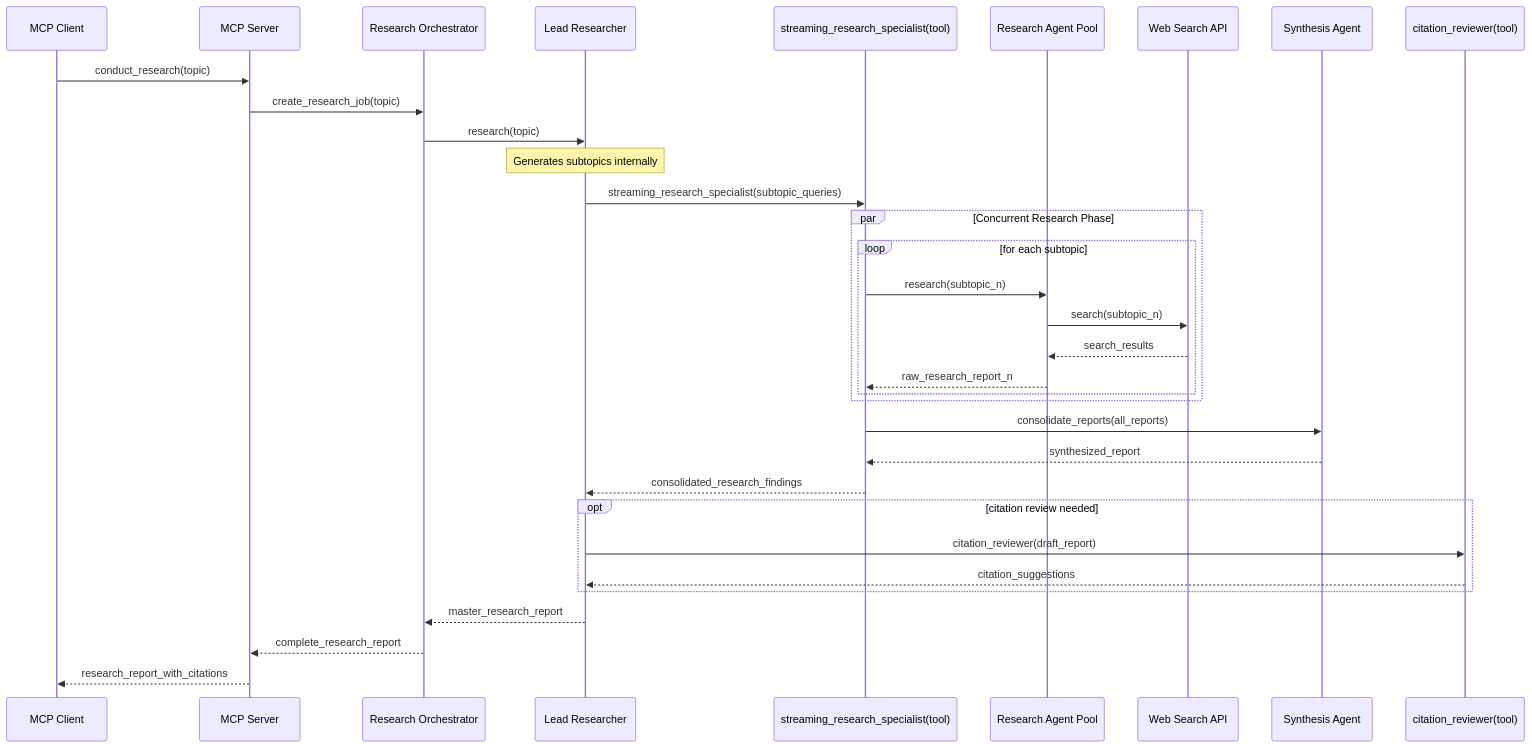
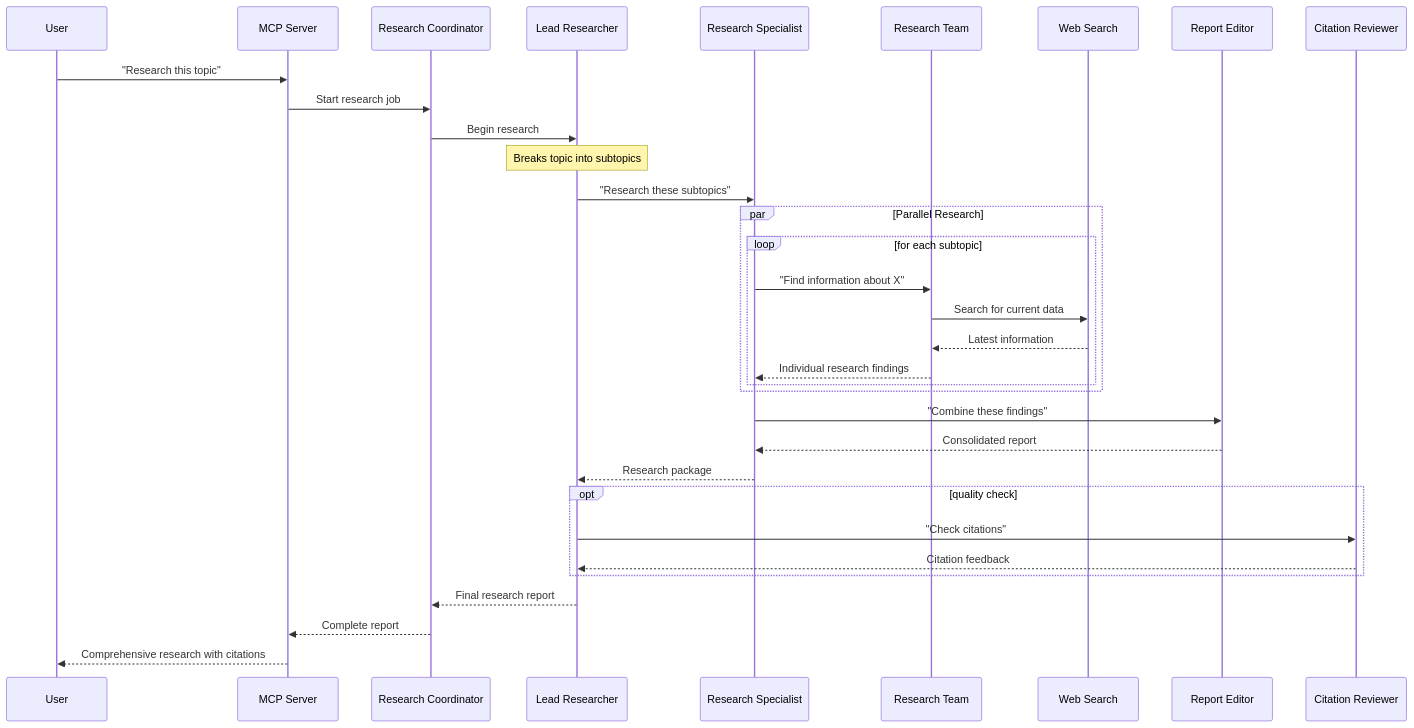
The diagram in README.md (karashiiro/research-mcp), drawn with Mermaid before and after one commit.

Commit message:
Rerwrite in plain english

````diff
--- a/README.md
+++ b/README.md
@@ -88,44 +88,44 @@
 ```mermaid
 sequenceDiagram
-    participant Client as MCP Client
-    participant Server as MCP Server
-    participant Orchestrator as Research Orchestrator
+    participant User as User
+    participant MCP as MCP Server
+    participant Coordinator as Research Coordinator
     participant Lead as Lead Researcher
-    participant SpecialistTool as streaming_research_specialist(tool)
-    participant Pool as Research Agent Pool
-    participant Web as Web Search API
-    participant Synthesis as Synthesis Agent
-    participant ReviewerTool as citation_reviewer(tool)
+    participant Specialist as Research Specialist
+    participant Researchers as Research Team
+    participant Web as Web Search
+    participant Editor as Report Editor
+    participant Reviewer as Citation Reviewer
 
-    Client->>Server: conduct_research(topic)
-    Server->>Orchestrator: create_research_job(topic)
+    User->>MCP: "Research this topic"
+    MCP->>Coordinator: Start research job
     
-    Orchestrator->>Lead: research(topic)
-    Note over Lead: Generates subtopics internally
+    Coordinator->>Lead: Begin research
+    Note over Lead: Breaks topic into subtopics
     
-    Lead->>SpecialistTool: streaming_research_specialist(subtopic_queries)
+    Lead->>Specialist: "Research these subtopics"
     
-    par Concurrent Research Phase
+    par Parallel Research
         loop for each subtopic
-            SpecialistTool->>Pool: research(subtopic_n)
-            Pool->>Web: search(subtopic_n)
-            Web-->>Pool: search_results
-            Pool-->>SpecialistTool: raw_research_report_n
+            Specialist->>Researchers: "Find information about X"
+            Researchers->>Web: Search for current data
+            Web-->>Researchers: Latest information
+            Researchers-->>Specialist: Individual research findings
         end
     end
     
-    SpecialistTool->>Synthesis: consolidate_reports(all_reports)
-    Synthesis-->>SpecialistTool: synthesized_report
+    Specialist->>Editor: "Combine these findings"
+    Editor-->>Specialist: Consolidated report
     
-    SpecialistTool-->>Lead: consolidated_research_findings
+    Specialist-->>Lead: Research package
     
-    opt citation review needed
-        Lead->>ReviewerTool: citation_reviewer(draft_report)
-        ReviewerTool-->>Lead: citation_suggestions
+    opt quality check
+        Lead->>Reviewer: "Check citations"
+        Reviewer-->>Lead: Citation feedback
     end
     
-    Lead-->>Orchestrator: master_research_report
+    Lead-->>Coordinator: Final research report
     
-    Orchestrator-->>Server: complete_research_report
-    Server-->>Client: research_report_with_citations
+    Coordinator-->>MCP: Complete report
+    MCP-->>User: Comprehensive research with citations
 ```
````
